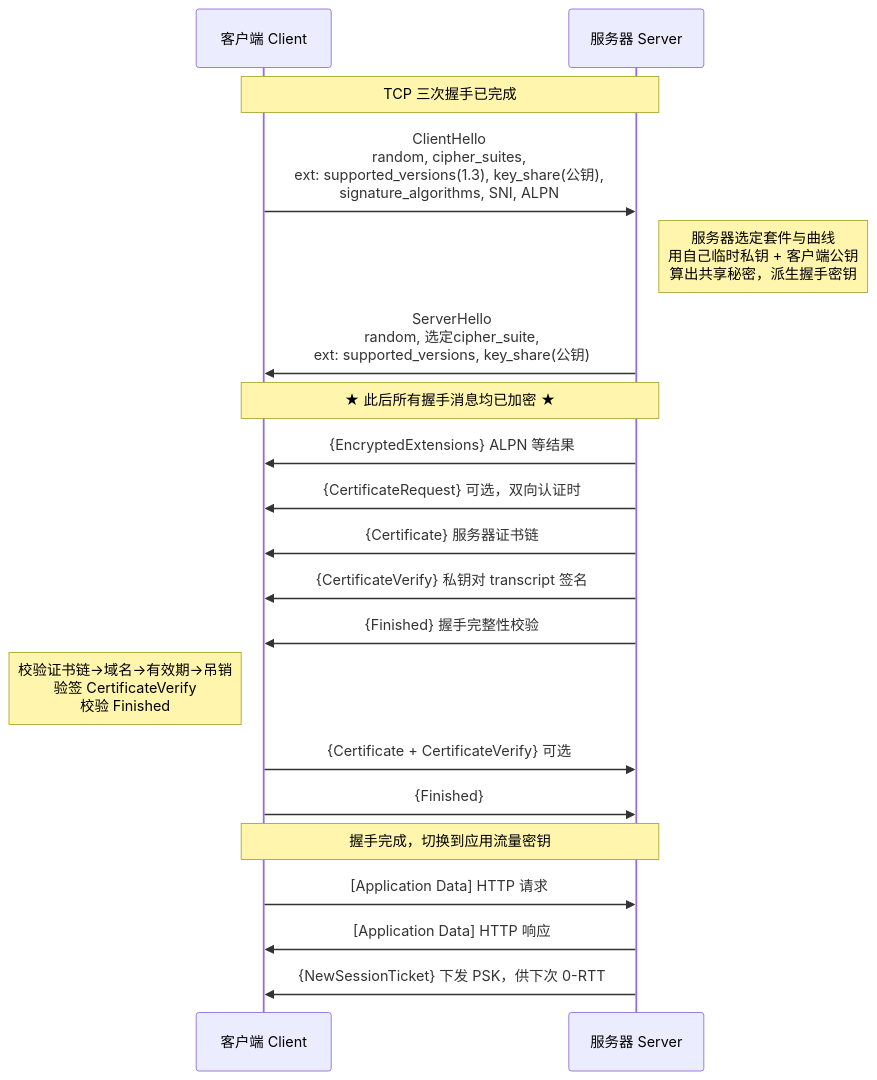
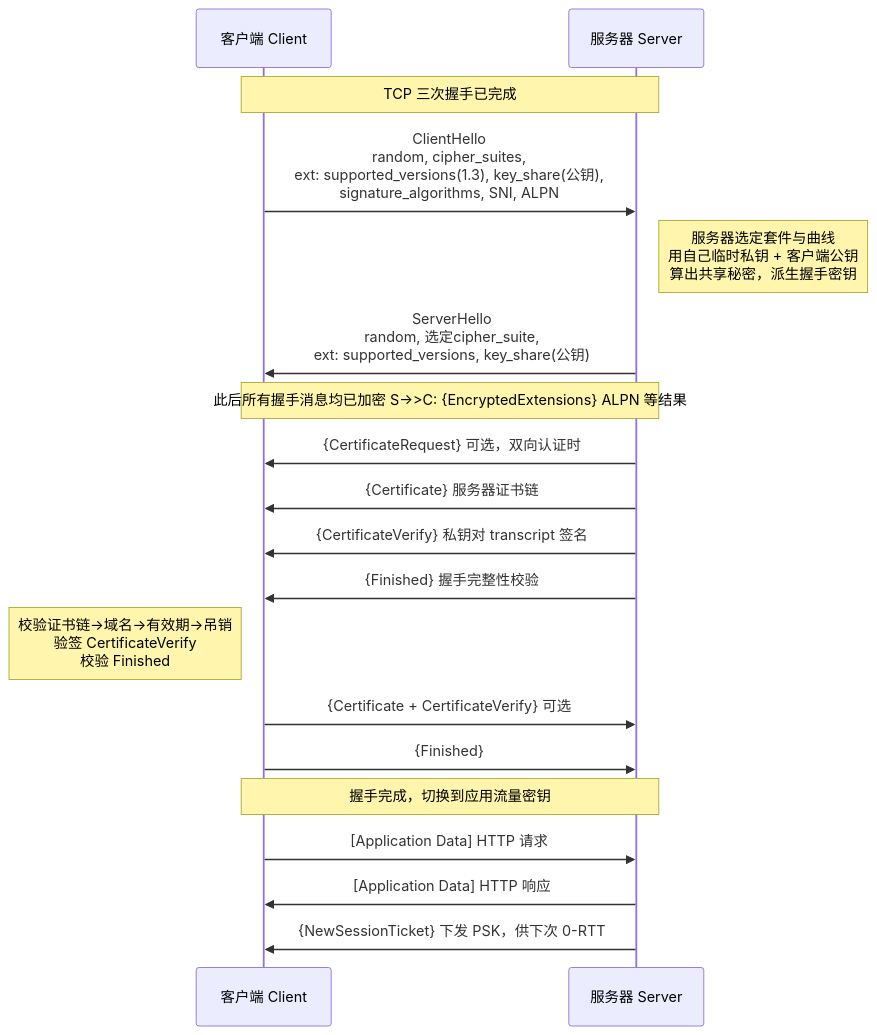
One commit to 106-official/deepsleep-blog changed the first of 3 diagrams in content/learn/network-protocols/11-tls/01-原理与报文.md. Above: the diagram before and after it, drawn with Mermaid. The commit also changed other lines of this file and 89 other files, not shown here.

````diff
--- a/content/learn/network-protocols/11-tls/01-原理与报文.md
+++ b/content/learn/network-protocols/11-tls/01-原理与报文.md
@@ -106,23 +106,22 @@
 ```mermaid
 sequenceDiagram
     participant C as 客户端 Client
     participant S as 服务器 Server
 
     Note over C,S: TCP 三次握手已完成
     C->>S: ClientHello<br/>random, cipher_suites,<br/>ext: supported_versions(1.3), key_share(公钥),<br/>signature_algorithms, SNI, ALPN
     Note right of S: 服务器选定套件与曲线<br/>用自己临时私钥 + 客户端公钥<br/>算出共享秘密，派生握手密钥
     S->>C: ServerHello<br/>random, 选定cipher_suite,<br/>ext: supported_versions, key_share(公钥)
-    Note over C,S: ★ 此后所有握手消息均已加密 ★
-    S->>C: {EncryptedExtensions} ALPN 等结果
+    Note over C,S: 此后所有握手消息均已加密 S->>C: {EncryptedExtensions} ALPN 等结果
     S->>C: {CertificateRequest} 可选，双向认证时
     S->>C: {Certificate} 服务器证书链
     S->>C: {CertificateVerify} 私钥对 transcript 签名
     S->>C: {Finished} 握手完整性校验
     Note left of C: 校验证书链→域名→有效期→吊销<br/>验签 CertificateVerify<br/>校验 Finished
     C->>S: {Certificate + CertificateVerify} 可选
     C->>S: {Finished}
     Note over C,S: 握手完成，切换到应用流量密钥
     C->>S: [Application Data] HTTP 请求
     S->>C: [Application Data] HTTP 响应
     S->>C: {NewSessionTicket} 下发 PSK，供下次 0-RTT
 ```
````
